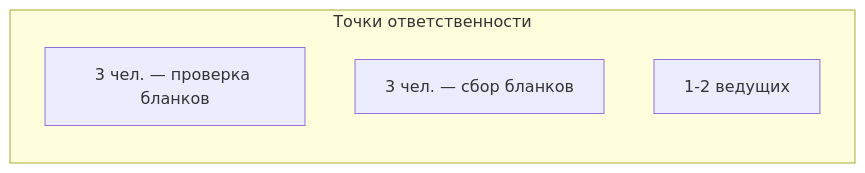
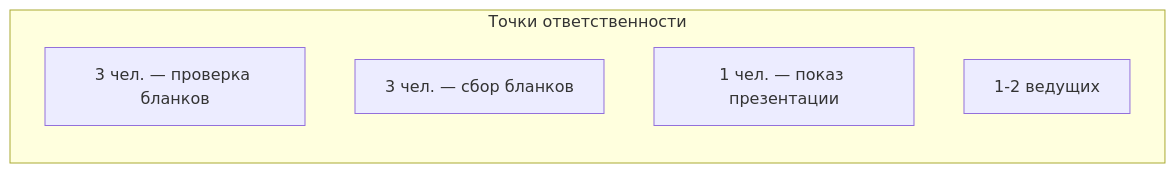
One commit to CoF-Luke/Game_100_to_1 changed the seventh of 7 diagrams in README.md. Above: the diagram before and after it, drawn with Mermaid. The commit also changed other lines of this file and 2 other files, not shown here.

````diff
--- a/README.md
+++ b/README.md
@@ -233,8 +234,9 @@
 ```mermaid
 graph LR
     subgraph Точки ответственности
         A["3 чел. — проверка бланков"]
         B["3 чел. — сбор бланков"]
-        C["1-2 ведущих"]
+        C["1 чел. — показ презентации"]
+        D["1-2 ведущих"]
     end
 ```
````
